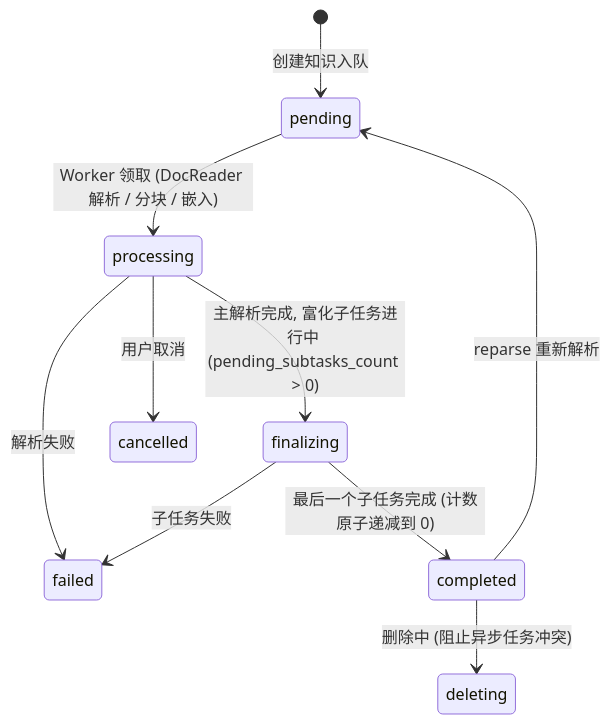
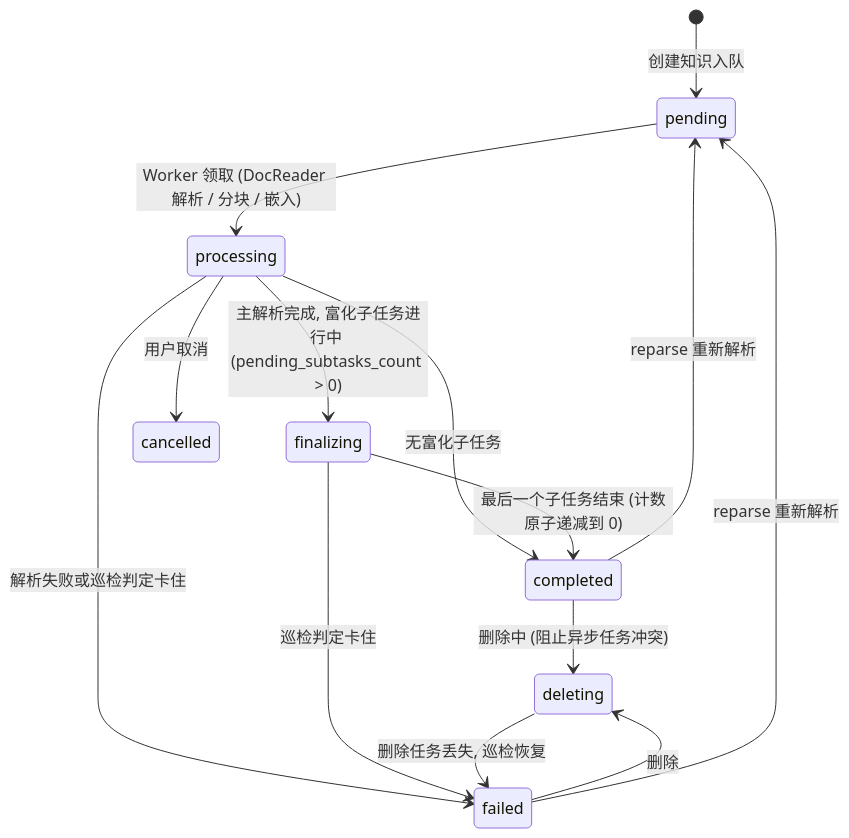
The second of 2 diagrams in website-docs/03-features/02-knowledge-base.md (michadel/WeKnora), drawn with Mermaid before and after one commit. The commit also changed other lines of this file and 125 other files, not shown here.

````diff
--- a/website-docs/03-features/02-knowledge-base.md
+++ b/website-docs/03-features/02-knowledge-base.md
@@ -238,12 +265,16 @@
 ```mermaid
 stateDiagram-v2
     [*] --> pending: 创建知识入队
     pending --> processing: Worker 领取 (DocReader 解析 / 分块 / 嵌入)
     processing --> finalizing: 主解析完成, 富化子任务进行中 (pending_subtasks_count > 0)
-    processing --> failed: 解析失败
+    processing --> completed: 无富化子任务
+    processing --> failed: 解析失败或巡检判定卡住
     processing --> cancelled: 用户取消
-    finalizing --> completed: 最后一个子任务完成 (计数原子递减到 0)
-    finalizing --> failed: 子任务失败
+    finalizing --> completed: 最后一个子任务结束 (计数原子递减到 0)
+    finalizing --> failed: 巡检判定卡住
     completed --> deleting: 删除中 (阻止异步任务冲突)
+    failed --> deleting: 删除
+    deleting --> failed: 删除任务丢失, 巡检恢复
     completed --> pending: reparse 重新解析
+    failed --> pending: reparse 重新解析
 ```
````
